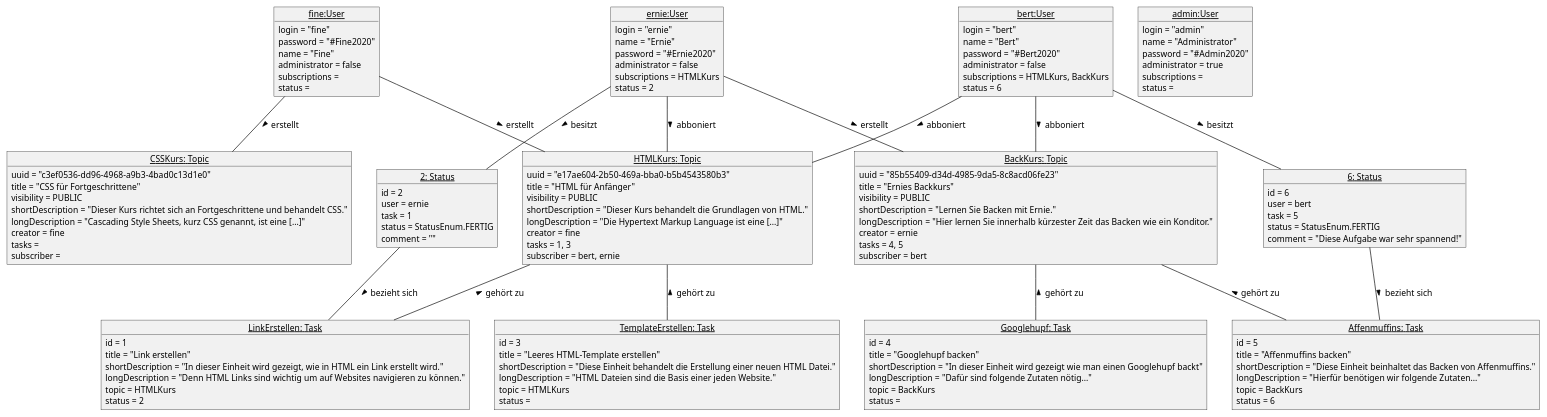
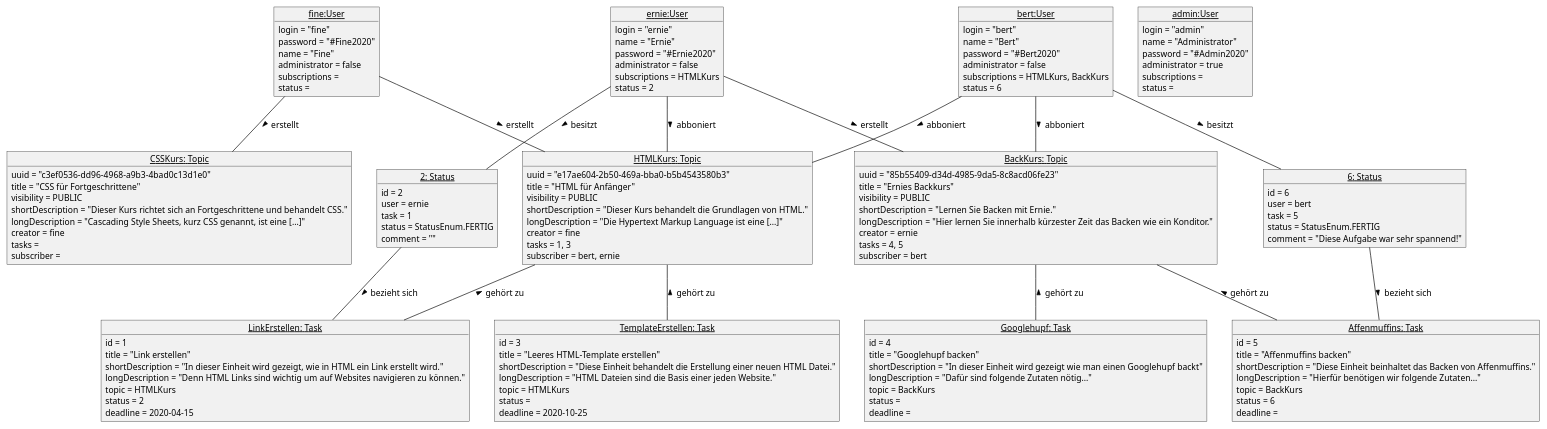
One commit to SimonHirner/agenda20 changed the diagram in doku/Objektmodell.plantuml. Above: the diagram before and after it, drawn with PlantUML. The commit also changed 7 other files, not shown here.

```diff
--- a/doku/Objektmodell.plantuml
+++ b/doku/Objektmodell.plantuml
@@ -1,151 +1,155 @@
 @startuml
 
 ' Layout
 skinparam classAttributeIconSize 0
 skinparam monochrome true
 skinparam shadowing false
 skinparam DefaultFontName arial
 skinparam DefaultFontSize 12
 skinparam ClassFontStyle bold
 
 'User
 object "<u>fine:User</u>" as fine{
     login = "fine"
     password = "#Fine2020"
     name = "Fine"
     administrator = false
     subscriptions = 
     status = 
 }
 object "<u>ernie:User</u>" as ernie{
     login = "ernie"
     name = "Ernie"
     password = "#Ernie2020"
     administrator = false
     subscriptions = HTMLKurs
     status = 2
 }
 object "<u>bert:User</u>" as bert{
     login = "bert"
     name = "Bert"
     password = "#Bert2020"
     administrator = false
     subscriptions = HTMLKurs, BackKurs
     status = 6
 }
 object "<u>admin:User</u>" as admin{
     login = "admin"
     name = "Administrator"
     password = "#Admin2020"
     administrator = true
     subscriptions = 
     status = 
 }
 
 'Topics
 object "<u>HTMLKurs: Topic</u>" as HTMLKurs{
 	uuid = "e17ae604-2b50-469a-bba0-b5b4543580b3"
     title = "HTML für Anfänger"
     visibility = PUBLIC
     shortDescription = "Dieser Kurs behandelt die Grundlagen von HTML."
     longDescription = "Die Hypertext Markup Language ist eine [...]"
     creator = fine
     tasks = 1, 3
     subscriber = bert, ernie
 
 }
 object "<u>CSSKurs: Topic</u>" as CSSKurs{
 	uuid = "c3ef0536-dd96-4968-a9b3-4bad0c13d1e0"
     title = "CSS für Fortgeschrittene"
     visibility = PUBLIC
     shortDescription = "Dieser Kurs richtet sich an Fortgeschrittene und behandelt CSS."
     longDescription = "Cascading Style Sheets, kurz CSS genannt, ist eine [...]"
     creator = fine
     tasks = 
     subscriber = 
 }
 object "<u>BackKurs: Topic</u>" as BackKurs{
 	uuid = "85b55409-d34d-4985-9da5-8c8acd06fe23"
     title = "Ernies Backkurs"
     visibility = PUBLIC
     shortDescription = "Lernen Sie Backen mit Ernie."
     longDescription = "Hier lernen Sie innerhalb kürzester Zeit das Backen wie ein Konditor."
     creator = ernie
     tasks = 4, 5
     subscriber = bert
 }
 
 'Tasks
 object "<u>LinkErstellen: Task</u>" as LinkErstellen {
     id = 1
     title = "Link erstellen"
     shortDescription = "In dieser Einheit wird gezeigt, wie in HTML ein Link erstellt wird."
     longDescription = "Denn HTML Links sind wichtig um auf Websites navigieren zu können."
     topic = HTMLKurs
     status = 2
+    deadline = 2020-04-15
 }
 object "<u>TemplateErstellen: Task</u>" as HTMlErstellen {
     id = 3
     title = "Leeres HTML-Template erstellen"
     shortDescription = "Diese Einheit behandelt die Erstellung einer neuen HTML Datei."
     longDescription = "HTML Dateien sind die Basis einer jeden Website."
     topic = HTMLKurs
     status =
+    deadline = 2020-10-25
 }
 object "<u>Googlehupf: Task</u>" as Googlehupf {
     id = 4
     title = "Googlehupf backen"
     shortDescription = "In dieser Einheit wird gezeigt wie man einen Googlehupf backt"
     longDescription = "Dafür sind folgende Zutaten nötig..."
     topic = BackKurs
     status =
+    deadline =
 }
 object "<u>Affenmuffins: Task</u>" as Affenmuffins {
     id = 5
     title = "Affenmuffins backen"
     shortDescription = "Diese Einheit beinhaltet das Backen von Affenmuffins."
     longDescription = "Hierfür benötigen wir folgende Zutaten..."
     topic = BackKurs
     status = 6
+    deadline = 
 }
 
 'status
 object "<u>2: Status</u>" as 2{
 	id = 2
 	user = ernie
 	task = 1
 	status = StatusEnum.FERTIG
 	comment = ""
 }
 
 object "<u>6: Status</u>" as 6{
 	id = 6
 	user = bert
 	task = 5
 	status = StatusEnum.FERTIG
 	comment = "Diese Aufgabe war sehr spannend!"
 }
 
 'Assoziationen
 fine -- HTMLKurs :> erstellt
 fine -- CSSKurs :> erstellt
 ernie -- BackKurs :> erstellt
 
 ernie -- 2 :> besitzt
 bert -- 6 :> besitzt
 
 ernie -- HTMLKurs :> abboniert
 bert -- HTMLKurs :> abboniert
 bert -- BackKurs :> abboniert
 
 HTMLKurs -- LinkErstellen :< gehört zu
 HTMLKurs -- HTMlErstellen :< gehört zu
 
 6 -- Affenmuffins :> bezieht sich
 2 -- LinkErstellen :> bezieht sich
 
 BackKurs -- Googlehupf :< gehört zu
 BackKurs -- Affenmuffins :< gehört zu
 
 
 @enduml
```
